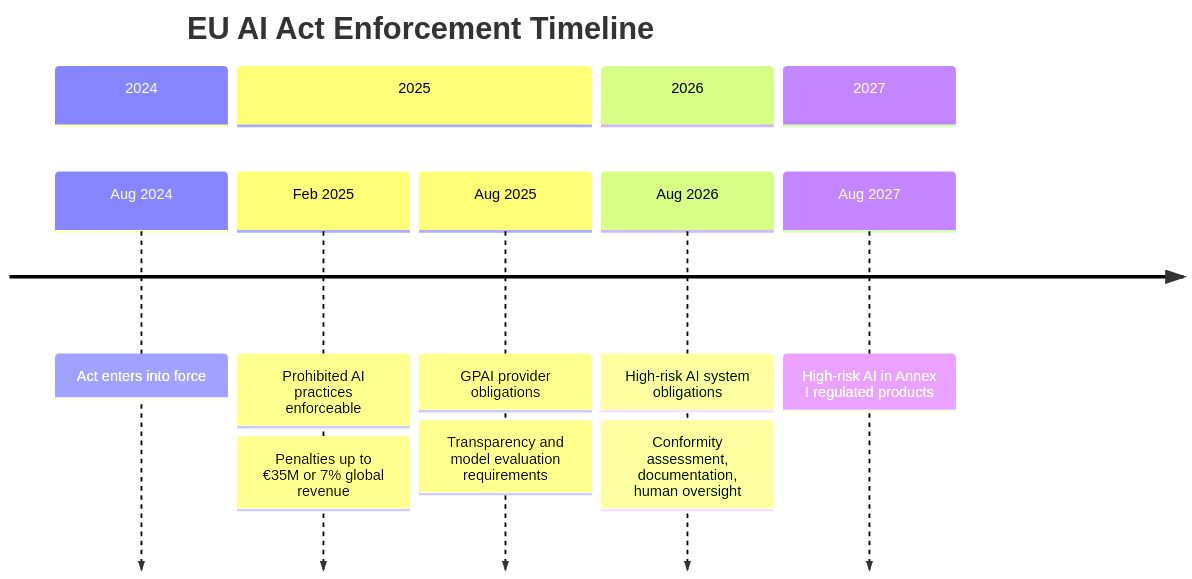
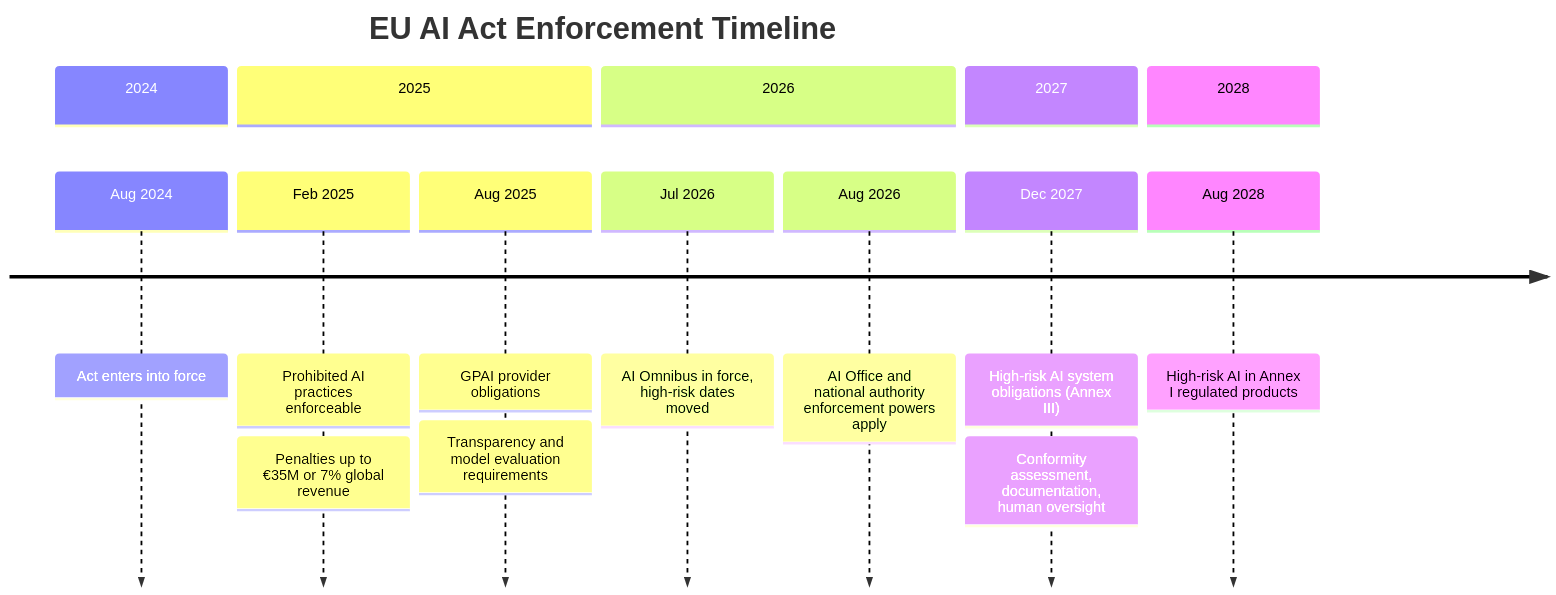
The diagram in content/governance/regulatory-readiness.md (sunilp/enterprise-ai), drawn with Mermaid before and after one commit. The commit also changed other lines of this file and 40 other files, not shown here.

````diff
--- a/content/governance/regulatory-readiness.md
+++ b/content/governance/regulatory-readiness.md
@@ -24,16 +24,19 @@
 ```mermaid
 timeline
     title EU AI Act Enforcement Timeline
     section 2024
         Aug 2024 : Act enters into force
     section 2025
         Feb 2025 : Prohibited AI practices enforceable
                  : Penalties up to €35M or 7% global revenue
         Aug 2025 : GPAI provider obligations
                  : Transparency and model evaluation requirements
     section 2026
-        Aug 2026 : High-risk AI system obligations
+        Jul 2026 : AI Omnibus in force, high-risk dates moved
+        Aug 2026 : AI Office and national authority enforcement powers apply
+    section 2027
+        Dec 2027 : High-risk AI system obligations (Annex III)
                  : Conformity assessment, documentation, human oversight
-    section 2027
-        Aug 2027 : High-risk AI in Annex I regulated products
+    section 2028
+        Aug 2028 : High-risk AI in Annex I regulated products
 ```
````
